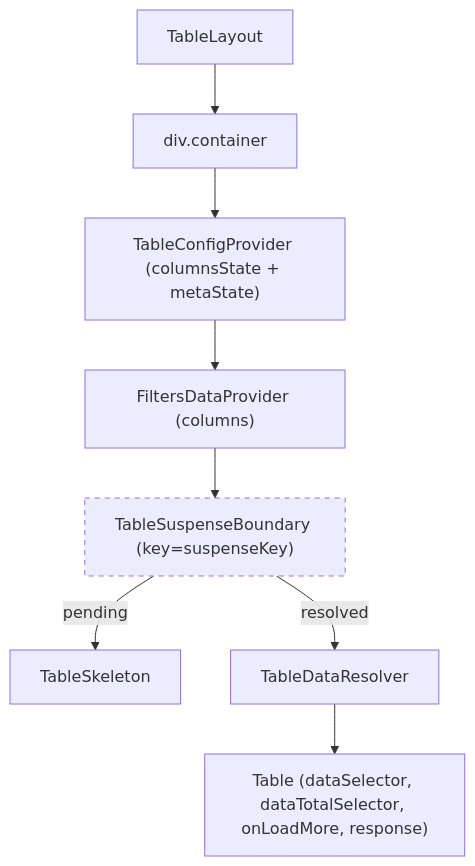
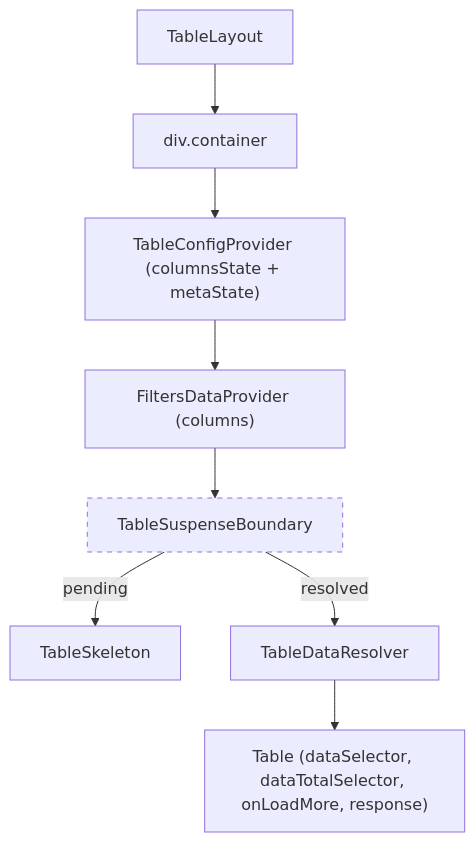
One commit to luciocabrera/lcabrera-stack changed the diagram in apps/react-router/src/components/Table/TableLayout/ARCHITECTURE.md. Above: the diagram before and after it, drawn with Mermaid. The commit also changed other lines of this file and 16 other files, not shown here.

````diff
--- a/apps/react-router/src/components/Table/TableLayout/ARCHITECTURE.md
+++ b/apps/react-router/src/components/Table/TableLayout/ARCHITECTURE.md
@@ -27,12 +27,12 @@
 ```mermaid
 graph TD
   TL["TableLayout"] --> container["div.container"]
   container --> TCP["TableConfigProvider (columnsState + metaState)"]
   TCP --> FDP["FiltersDataProvider (columns)"]
-  FDP --> TSB["TableSuspenseBoundary (key=suspenseKey)"]
+  FDP --> TSB["TableSuspenseBoundary"]
   TSB -->|pending| SK["TableSkeleton"]
   TSB -->|resolved| TDR["TableDataResolver"]
   TDR --> T["Table (dataSelector, dataTotalSelector, onLoadMore, response)"]
 
   style TSB stroke-dasharray: 5 5
 ```
````
